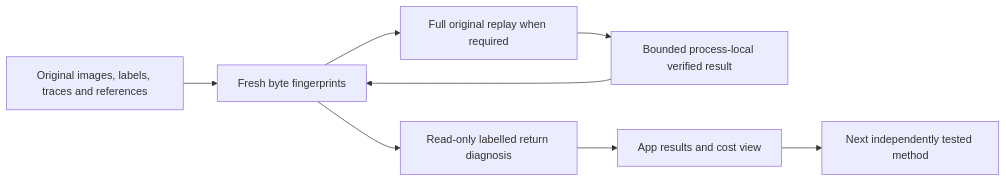
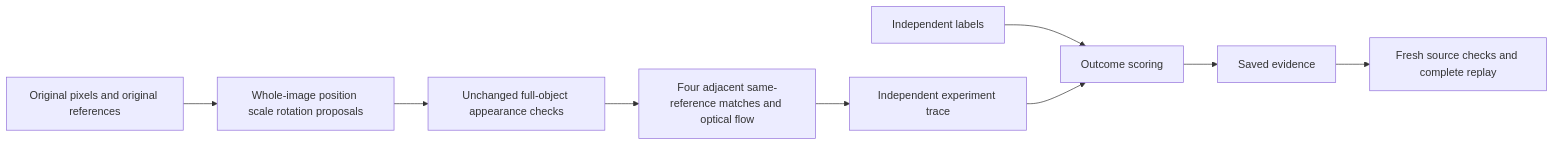
The diagram in README.md (eyeoverthink/Fraynix-Agent-Workspace), drawn with Mermaid before and after one commit. The commit also changed other lines of this file and 76 other files, not shown here.

Commit message:
Document edition 152 rotation search, independent controls and replay

````diff
--- a/README.md
+++ b/README.md
@@ -121,10 +21,11 @@
 ```mermaid
 flowchart LR
-  S[Original images, labels, traces and references] --> F[Fresh byte fingerprints]
-  F --> V[Full original replay when required]
-  V --> M[Bounded process-local verified result]
-  M --> F
-  F --> D[Read-only labelled return diagnosis]
-  D --> U[App results and cost view]
-  U --> N[Next independently tested method]
+  A[Original pixels and original references] --> B[Whole-image position scale rotation proposals]
+  B --> C[Unchanged full-object appearance checks]
+  C --> D[Four adjacent same-reference matches and optical flow]
+  D --> E[Independent experiment trace]
+  L[Independent labels] --> F[Outcome scoring]
+  E --> F
+  F --> G[Saved evidence]
+  G --> H[Fresh source checks and complete replay]
 ```
````
